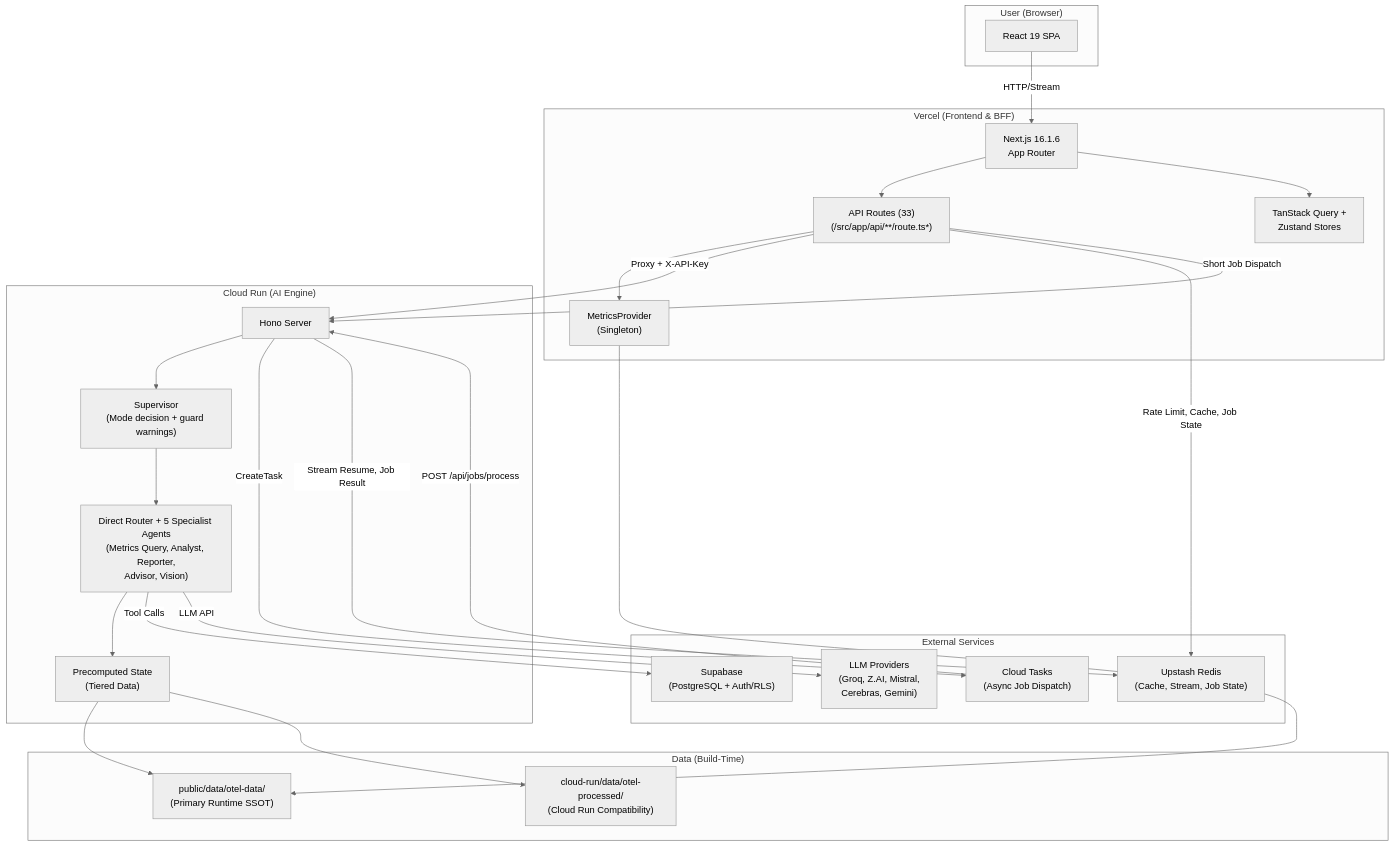
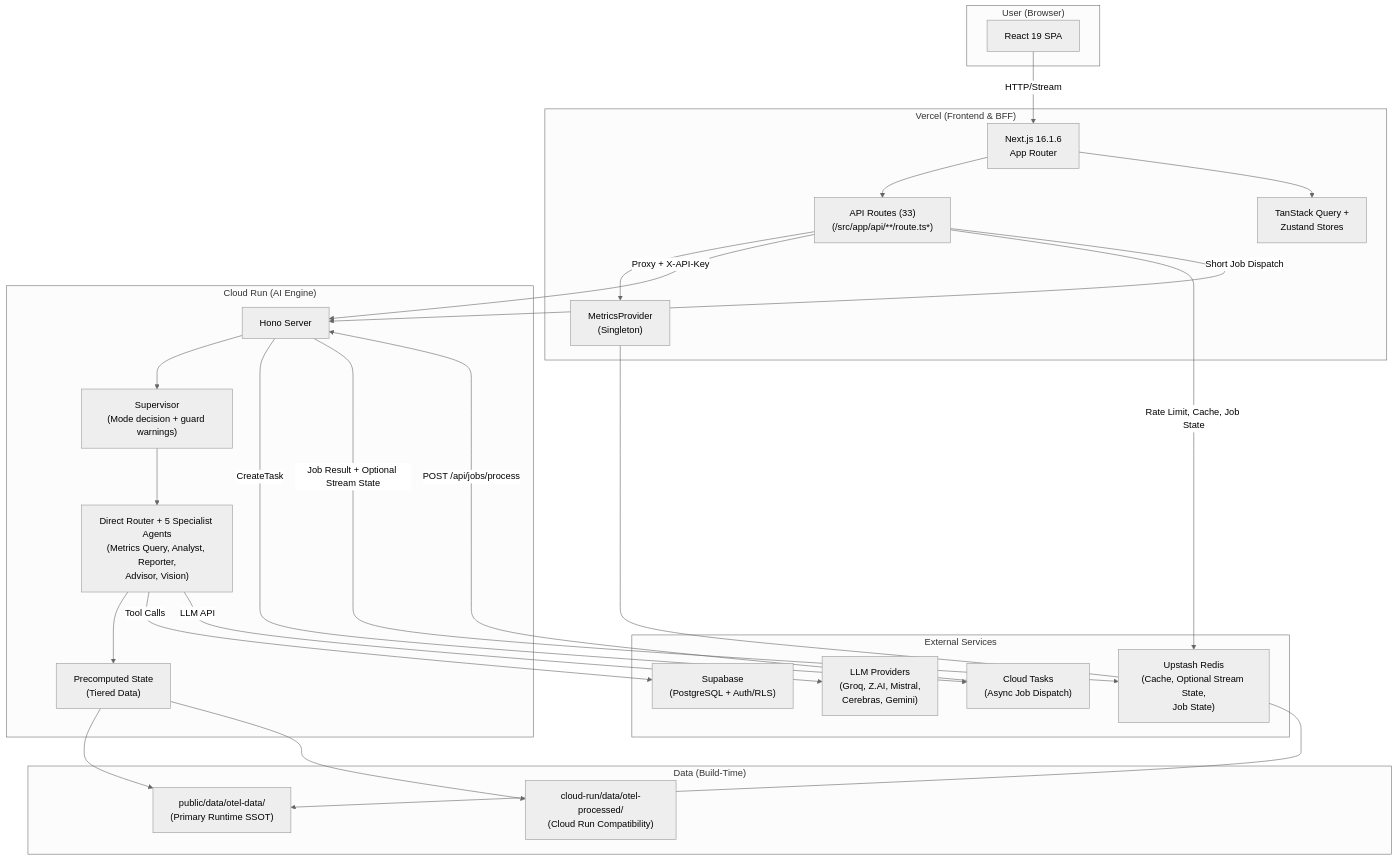
Before and after one commit to skyasu2/openmanager-ai: the diagram in docs/reference/architecture/system/system-architecture-current.md, drawn with Mermaid (neutral theme). The commit also changed other lines of this file and 10 other files, not shown here.

````diff
--- a/docs/reference/architecture/system/system-architecture-current.md
+++ b/docs/reference/architecture/system/system-architecture-current.md
@@ -33,51 +35,51 @@
 ```mermaid
 graph TB
     subgraph User["User (Browser)"]
         UI[React 19 SPA]
     end
 
     subgraph Vercel["Vercel (Frontend & BFF)"]
         NextJS["Next.js 16.1.6<br/>App Router"]
         API["API Routes (33)<br/>(/src/app/api/**/route.ts*)"]
         MP["MetricsProvider<br/>(Singleton)"]
         Providers["TanStack Query +<br/>Zustand Stores"]
     end
 
     subgraph CloudRun["Cloud Run (AI Engine)"]
         Hono["Hono Server"]
         Supervisor["Supervisor<br/>(Mode decision + guard warnings)"]
         Agents["Direct Router + 5 Specialist Agents<br/>(Metrics Query, Analyst, Reporter,<br/>Advisor, Vision)"]
         PreComp["Precomputed State<br/>(Tiered Data)"]
     end
 
     subgraph External["External Services"]
         Supabase["Supabase<br/>(PostgreSQL + Auth/RLS)"]
-        Redis["Upstash Redis<br/>(Cache, Stream, Job State)"]
+        Redis["Upstash Redis<br/>(Cache, Optional Stream State,<br/>Job State)"]
         CloudTasks["Cloud Tasks<br/>(Async Job Dispatch)"]
         LLM["LLM Providers<br/>(Groq, Z.AI, Mistral,<br/>Cerebras, Gemini)"]
     end
 
     subgraph Data["Data (Build-Time)"]
         OTel["public/data/otel-data/<br/>(Primary Runtime SSOT)"]
         Compat["cloud-run/data/otel-processed/<br/>(Cloud Run Compatibility)"]
     end
 
     UI -->|HTTP/Stream| NextJS
     NextJS --> API
     API --> MP
     MP --> OTel
     API -->|Proxy + X-API-Key| Hono
     Hono --> Supervisor
     Supervisor --> Agents
     Agents --> PreComp
     PreComp --> OTel
     PreComp --> Compat
     Agents -->|Tool Calls| Supabase
     Agents -->|LLM API| LLM
     API -->|Rate Limit, Cache, Job State| Redis
     API -->|Short Job Dispatch| Hono
     Hono -->|CreateTask| CloudTasks
     CloudTasks -->|POST /api/jobs/process| Hono
-    Hono -->|Stream Resume, Job Result| Redis
+    Hono -->|Job Result + Optional Stream State| Redis
     NextJS --> Providers
 ```
````
